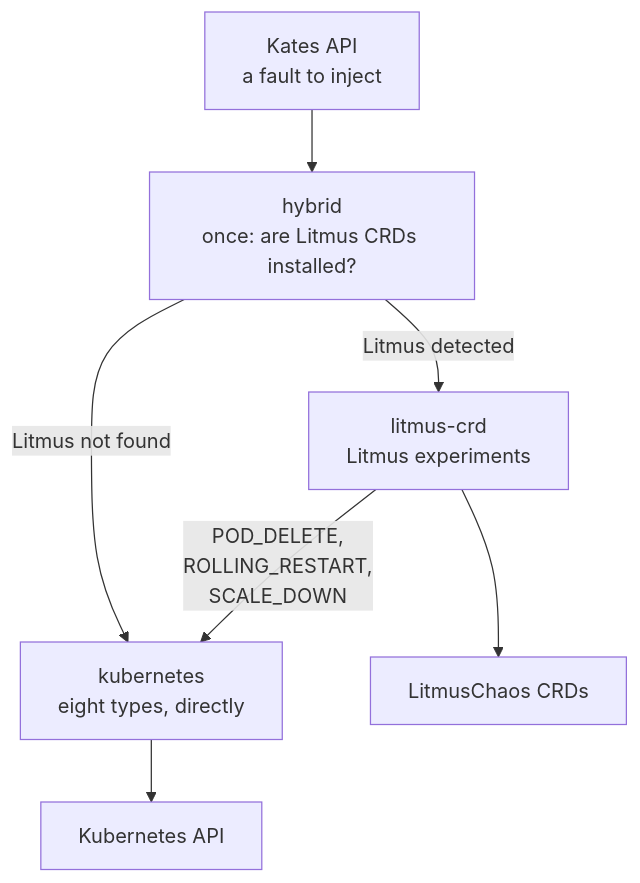
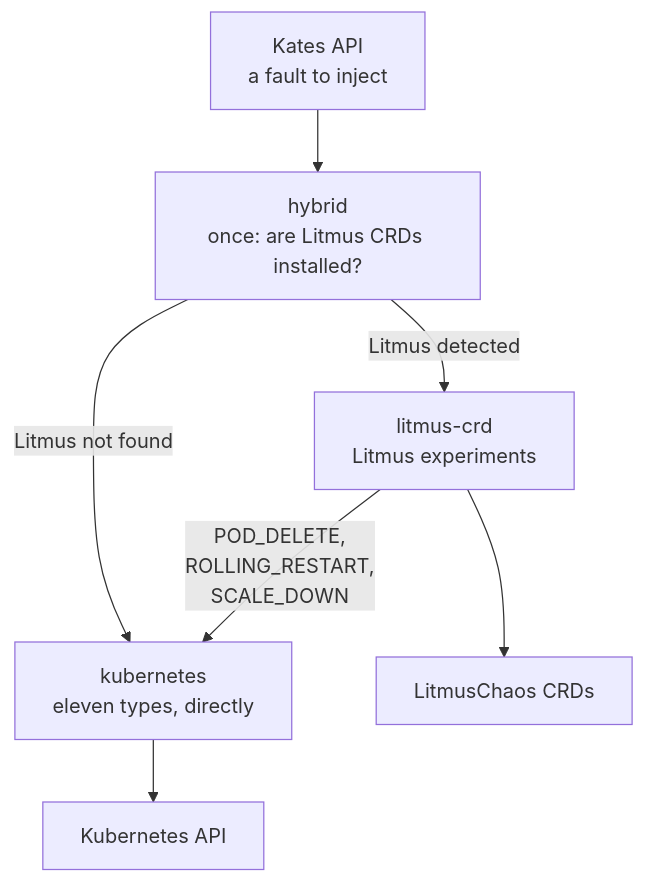
One commit to bmscomp/kates changed the second of 7 diagrams in docs/book/07-chaos-practice.md. Above: the diagram before and after it, drawn with Mermaid. The commit also changed other lines of this file and 18 other files, not shown here.

First line of the commit message:
feat(chaos): MEMORY_STRESS, DISK_FILL and NODE_DRAIN on the kubernetes provider

````diff
--- a/docs/book/07-chaos-practice.md
+++ b/docs/book/07-chaos-practice.md
@@ -147,14 +154,14 @@
 ```mermaid
 %%| label: fig-practice-hybrid-provider
 %%| fig-cap: "With `kates.chaos.provider=hybrid`, Kates looks for the LitmusChaos CRDs once, and sends every fault to the provider it picked."
-%%| fig-alt: "Flowchart. A fault from the Kates API goes to the hybrid provider, which asks once whether the Litmus CRDs are installed. If Litmus is detected, it uses the litmus-crd provider, which runs Litmus experiments through the LitmusChaos CRDs and hands POD_DELETE, ROLLING_RESTART and SCALE_DOWN to the kubernetes provider. If Litmus is not found, it uses the kubernetes provider, which calls the Kubernetes API directly for the eight types it implements."
+%%| fig-alt: "Flowchart. A fault from the Kates API goes to the hybrid provider, which asks once whether the Litmus CRDs are installed. If Litmus is detected, it uses the litmus-crd provider, which runs Litmus experiments through the LitmusChaos CRDs and hands POD_DELETE, ROLLING_RESTART and SCALE_DOWN to the kubernetes provider. If Litmus is not found, it uses the kubernetes provider, which calls the Kubernetes API directly for the eleven types it implements."
 graph TD
     DO[Kates API<br/>a fault to inject] --> HCP[hybrid<br/>once: are Litmus CRDs installed?]
 
     HCP -->|Litmus detected| LCP[litmus-crd<br/>Litmus experiments]
-    HCP -->|Litmus not found| KCP[kubernetes<br/>eight types, directly]
+    HCP -->|Litmus not found| KCP[kubernetes<br/>eleven types, directly]
 
     LCP --> LIT[LitmusChaos CRDs]
     LCP -->|POD_DELETE,<br/>ROLLING_RESTART,<br/>SCALE_DOWN| KCP
     KCP --> K8S[Kubernetes API]
 ```
````
